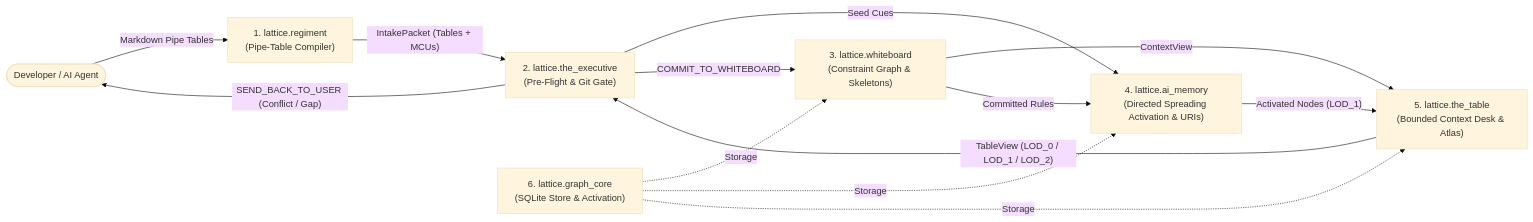
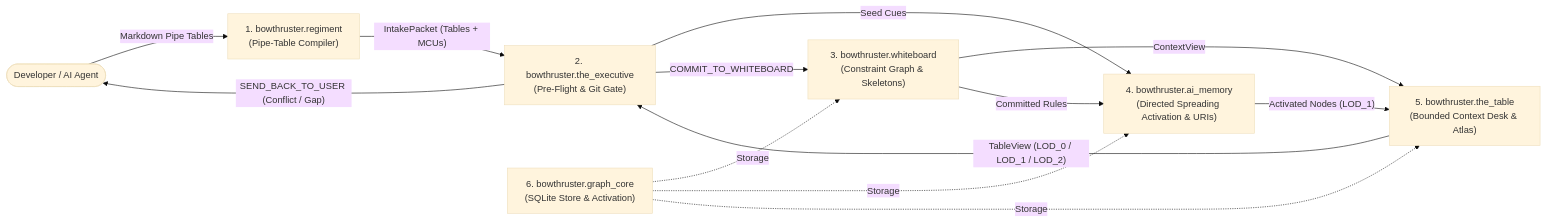
Before and after one commit to celtiberi/bowthruster: the diagram in README.md, drawn with Mermaid (base theme). The commit also changed other lines of this file and 89 other files, not shown here.

Commit message:
Rename project and package from lattice to bowthruster with unprefixed MCP tool names

````diff
--- a/README.md
+++ b/README.md
@@ -164,15 +163,15 @@
 ```mermaid
 flowchart LR
-    User(["Developer / AI Agent"]) -- "Markdown Pipe Tables" --> Reg["1. lattice.regiment\n(Pipe-Table Compiler)"]
-    Reg -- "IntakePacket (Tables + MCUs)" --> Exec["2. lattice.the_executive\n(Pre-Flight & Git Gate)"]
-    Exec -- "Seed Cues" --> Mem["4. lattice.ai_memory\n(Directed Spreading Activation & URIs)"]
-    Mem -- "Activated Nodes (LOD_1)" --> Table["5. lattice.the_table\n(Bounded Context Desk & Atlas)"]
-    WB["3. lattice.whiteboard\n(Constraint Graph & Skeletons)"] -- "ContextView" --> Table
+    User(["Developer / AI Agent"]) -- "Markdown Pipe Tables" --> Reg["1. bowthruster.regiment\n(Pipe-Table Compiler)"]
+    Reg -- "IntakePacket (Tables + MCUs)" --> Exec["2. bowthruster.the_executive\n(Pre-Flight & Git Gate)"]
+    Exec -- "Seed Cues" --> Mem["4. bowthruster.ai_memory\n(Directed Spreading Activation & URIs)"]
+    Mem -- "Activated Nodes (LOD_1)" --> Table["5. bowthruster.the_table\n(Bounded Context Desk & Atlas)"]
+    WB["3. bowthruster.whiteboard\n(Constraint Graph & Skeletons)"] -- "ContextView" --> Table
     Table -- "TableView (LOD_0 / LOD_1 / LOD_2)" --> Exec
     Exec -- "COMMIT_TO_WHITEBOARD" --> WB
     Exec -- "SEND_BACK_TO_USER (Conflict / Gap)" --> User
     WB -- "Committed Rules" --> Mem
-    GC["6. lattice.graph_core\n(SQLite Store & Activation)"] -. "Storage" .-> WB
+    GC["6. bowthruster.graph_core\n(SQLite Store & Activation)"] -. "Storage" .-> WB
     GC -. "Storage" .-> Mem
     GC -. "Storage" .-> Table
 ```
````
